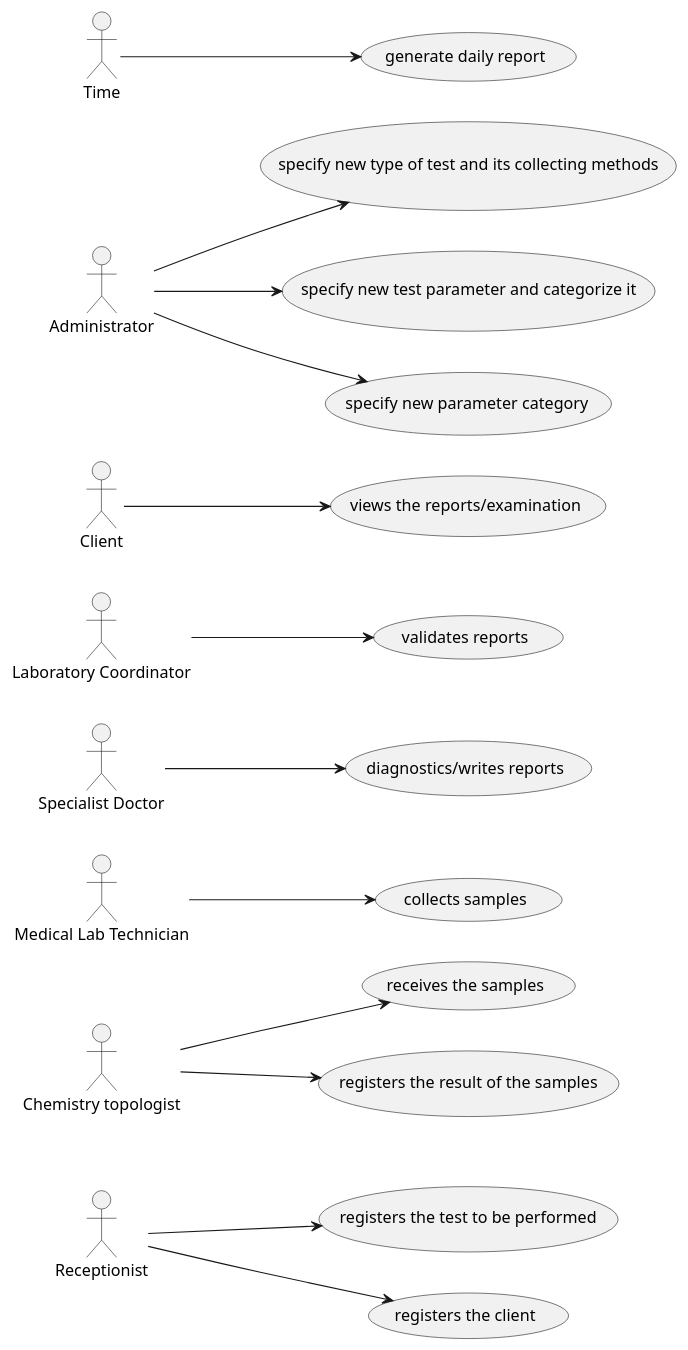
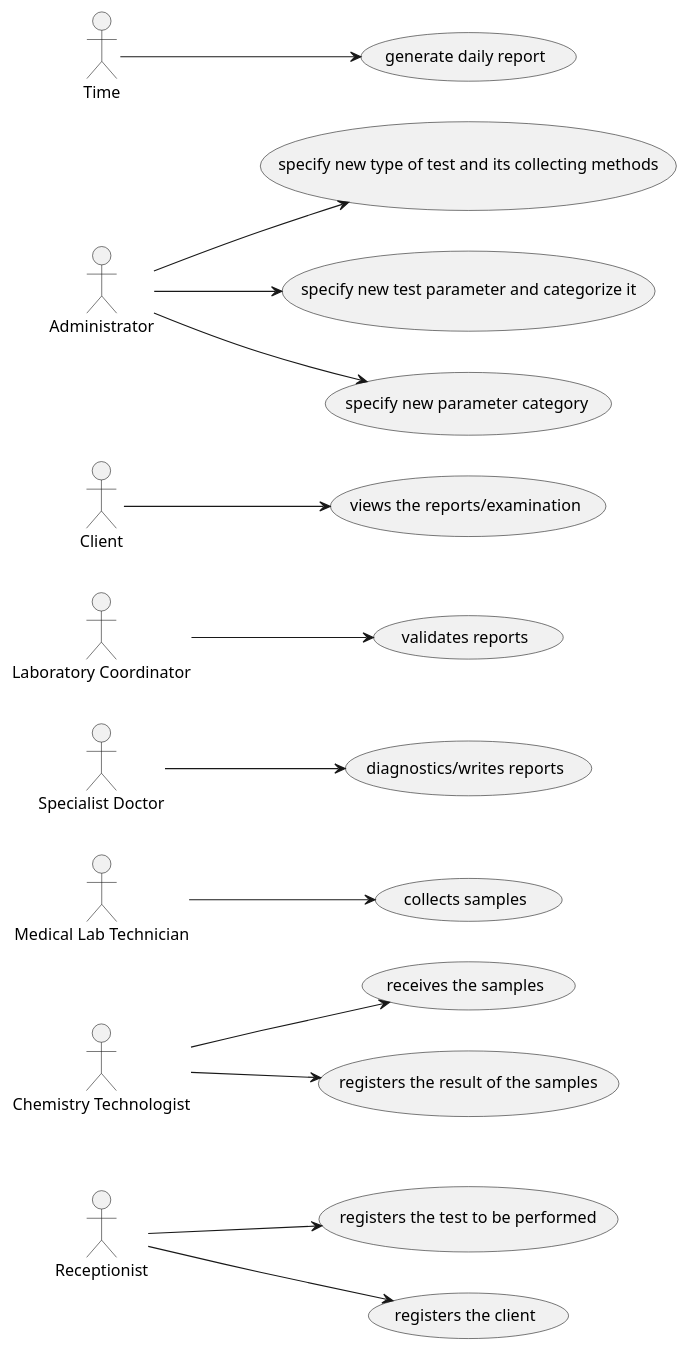
Before and after one commit to jsmarques98/LAPR2-ISEP: the diagram in docs/SprintA/UCD.puml, drawn with PlantUML. The commit also changed 3 other files, not shown here.

Commit message:
Domain Model and update of Use Case diagram

```diff
--- a/docs/SprintA/UCD.puml
+++ b/docs/SprintA/UCD.puml
@@ -1,24 +1,24 @@
 @startuml
 left to right direction
 
 :Receptionist: --> (registers the test to be performed)
 :Receptionist: --> (registers the client)
 
-:Chemistry topologist: --> (receives the samples)
-:Chemistry topologist: --> (registers the result of the samples)
+:Chemistry Technologist: --> (receives the samples)
+:Chemistry Technologist: --> (registers the result of the samples)
 
 :Medical Lab Technician: --> (collects samples)
 
 :Specialist Doctor: --> (diagnostics/writes reports)
 
 :Laboratory Coordinator: --> (validates reports)
 
 :Client: --> (views the reports/examination)
 
 :Administrator: --> (specify new type of test and its collecting methods)
 :Administrator: --> (specify new test parameter and categorize it)
 :Administrator: --> (specify new parameter category)
 
 :Time: --> (generate daily report)
 
 @enduml
```
